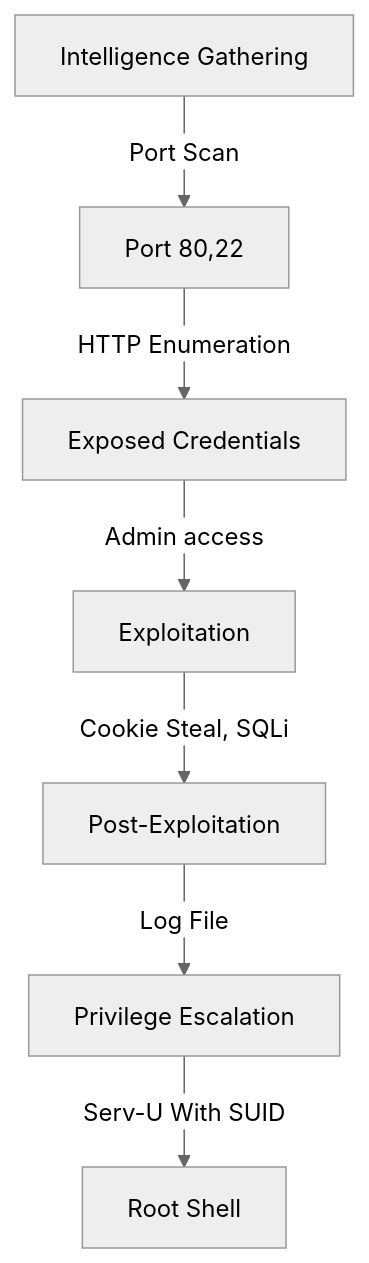
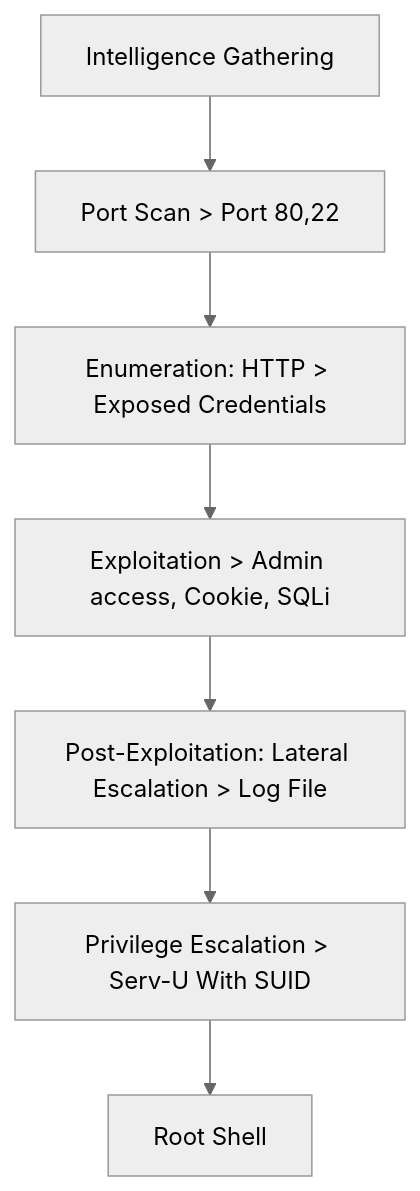
Before and after one commit to 0xfl0k1/0xfl0k1.github.io: the diagram in _posts/2024-07-10-Proving-Grounds-Fractal copy 2.md, drawn with Mermaid (neutral theme). The commit also changed other lines of this file and 302 other files, not shown here.

````diff
--- a/_posts/2024-07-10-Proving-Grounds-Fractal copy 2.md
+++ b/_posts/2024-07-10-Proving-Grounds-Fractal copy 2.md
@@ -23,10 +23,10 @@
 ```mermaid
 graph TD
     A[Intelligence Gathering]
-    A -->|Port Scan| B[Port 80,22]
-    B -->|HTTP Enumeration| C[Exposed Credentials]
-    C -->|Admin access| D[Exploitation]
-    D -->|Cookie Steal, SQLi| E[Post-Exploitation]
-    E -->|Log File| F[Privilege Escalation]
-    F -->|Serv-U With SUID| G[Root Shell]
+    A --> B[Port Scan > Port 80,22]
+    B --> C[Enumeration: HTTP > Exposed Credentials]
+    C --> D[Exploitation > Admin access, Cookie, SQLi]
+    D --> E[Post-Exploitation: Lateral Escalation > Log File]
+    E --> F[Privilege Escalation > Serv-U With SUID]
+    F --> G[Root Shell]
 ```
````
